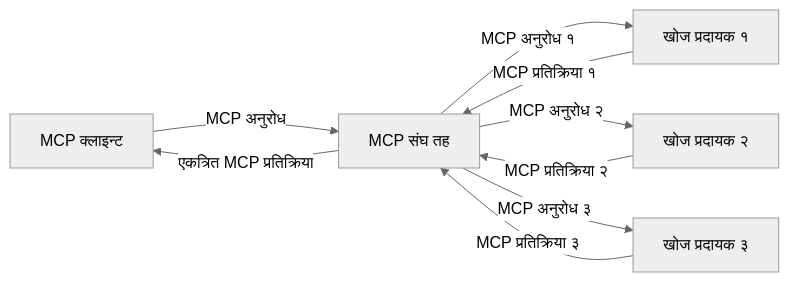
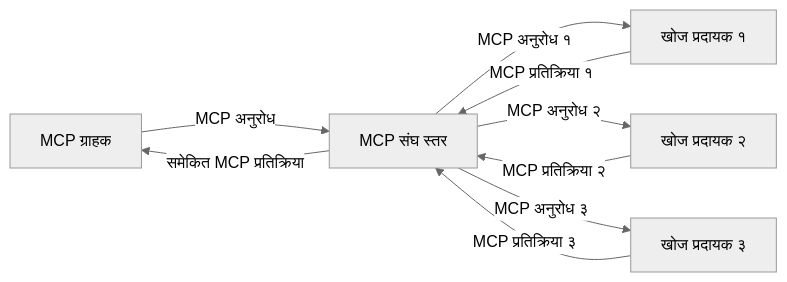
Before and after one commit to microsoft/mcp-for-beginners: the third of 4 diagrams in translations/ne/05-AdvancedTopics/mcp-realtimesearch/README.md, drawn with Mermaid (neutral theme). The commit also changed other lines of this file and 118 other files, not shown here.

````diff
--- a/translations/ne/05-AdvancedTopics/mcp-realtimesearch/README.md
+++ b/translations/ne/05-AdvancedTopics/mcp-realtimesearch/README.md
@@ -610,11 +612,11 @@
 ```mermaid
 graph LR
-    Client[MCP क्लाइन्ट] --> |MCP अनुरोध| Federation[MCP संघ तह]
+    Client[MCP ग्राहक] --> |MCP अनुरोध| Federation[MCP संघ स्तर]
     Federation --> |MCP अनुरोध १| Search1[खोज प्रदायक १]
     Federation --> |MCP अनुरोध २| Search2[खोज प्रदायक २]
     Federation --> |MCP अनुरोध ३| Search3[खोज प्रदायक ३]
     Search1 --> |MCP प्रतिक्रिया १| Federation
     Search2 --> |MCP प्रतिक्रिया २| Federation
     Search3 --> |MCP प्रतिक्रिया ३| Federation
-    Federation --> |एकत्रित MCP प्रतिक्रिया| Client
+    Federation --> |समेकित MCP प्रतिक्रिया| Client
 ```
````
